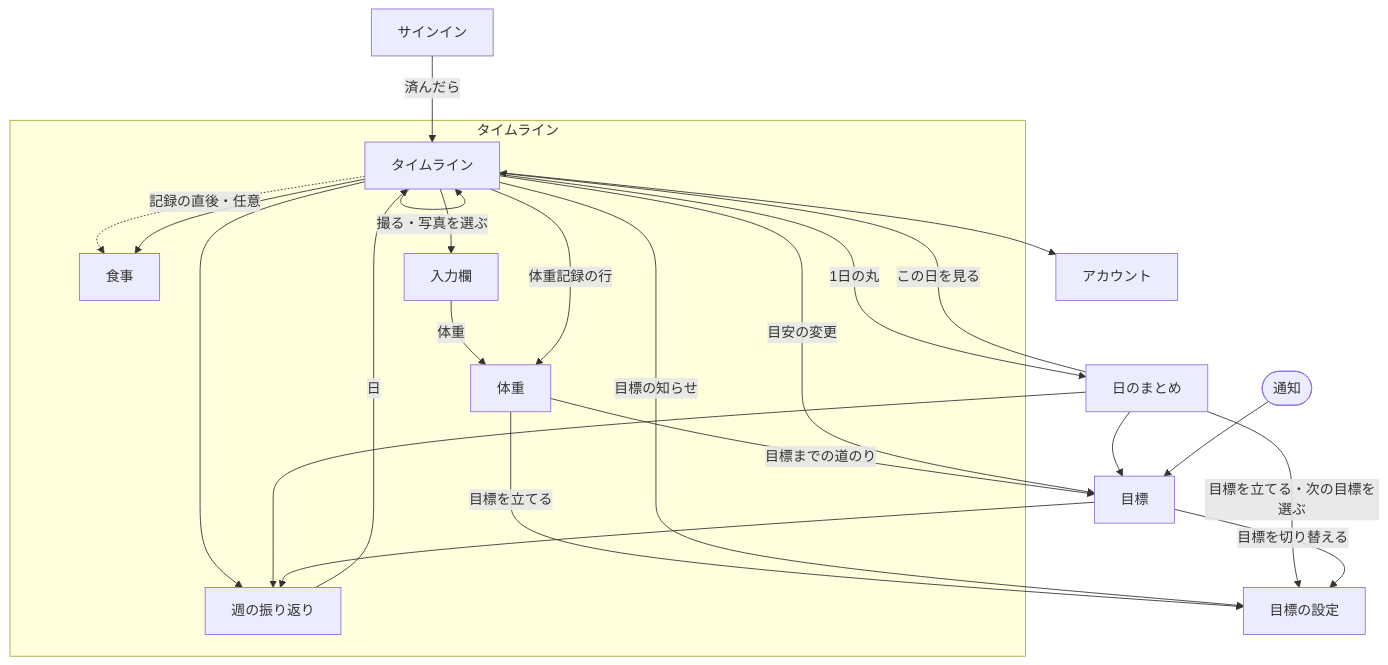
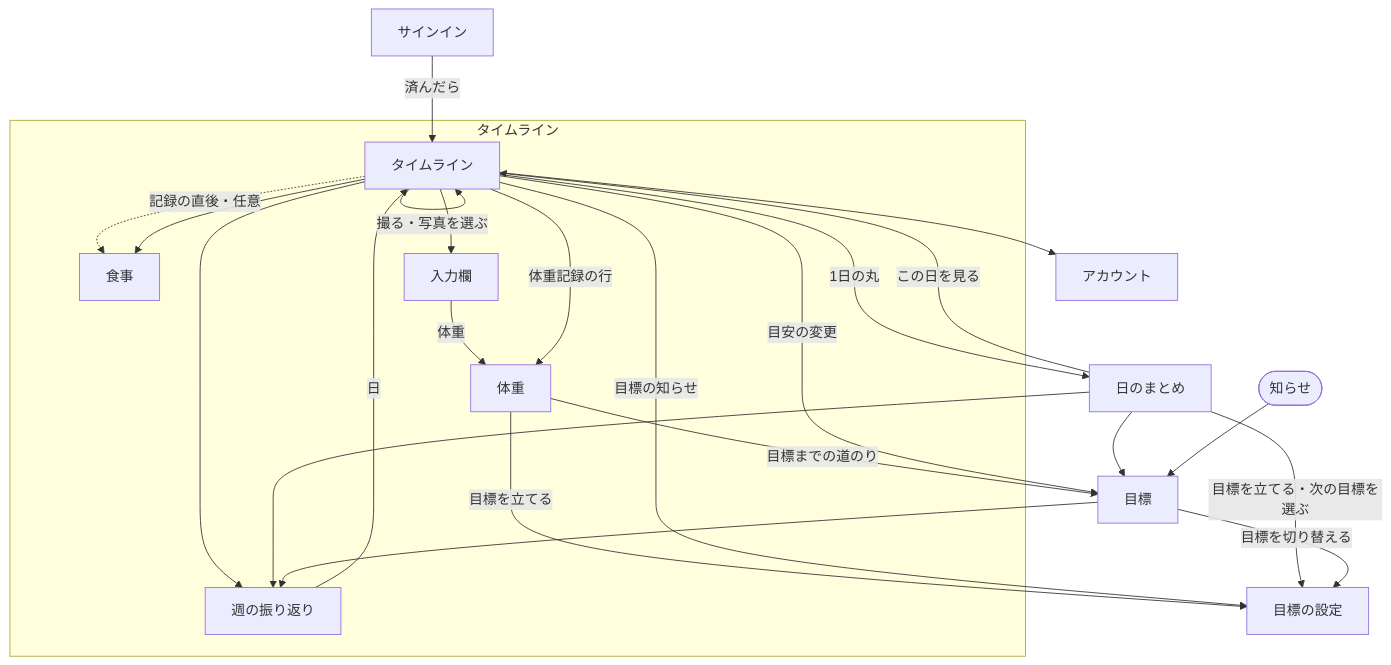
The third of 3 diagrams in docs/ui-design/0001-first-release/05-navigation.md (gn-t-k/nu-tori), drawn with Mermaid before and after one commit. The commit also changed other lines of this file and 6 other files, not shown here.

````diff
--- a/docs/ui-design/0001-first-release/05-navigation.md
+++ b/docs/ui-design/0001-first-release/05-navigation.md
@@ -109,28 +109,28 @@
 ```mermaid
 flowchart TD
   Signin[サインイン] -->|済んだら| Today
   subgraph Root[タイムライン]
     Today[タイムライン]
     Today -->|撮る・写真を選ぶ| Today
     Today -.->|記録の直後・任意| Meal[食事]
     Today --> Meal
     Today --> Composer[入力欄]
     Composer -->|体重| Weight[体重]
     Today -->|体重記録の行| Weight
     Today --> Weekly[週の振り返り]
     Weekly -->|日| Today
   end
   Today -->|1日の丸| DaySum[日のまとめ]
   DaySum -->|この日を見る| Today
   DaySum --> Goal[目標]
   Weight -->|目標までの道のり| Goal
   Weight -->|目標を立てる| GoalSetup
   DaySum --> Weekly
   Today -->|目安の変更| Goal
-  Notice([通知]) --> Goal
+  Notice([知らせ]) --> Goal
   Goal --> Weekly
   Today -->|目標の知らせ| GoalSetup[目標の設定]
   DaySum -->|目標を立てる・次の目標を選ぶ| GoalSetup
   Goal -->|目標を切り替える| GoalSetup
   Today --> Account[アカウント]
 ```
````
